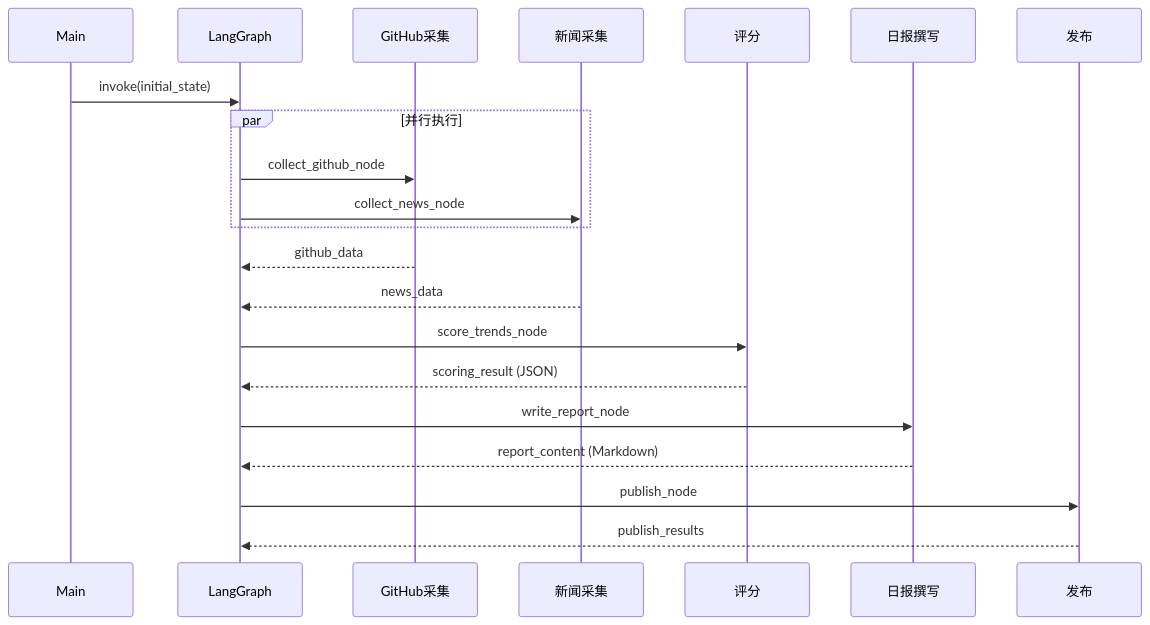
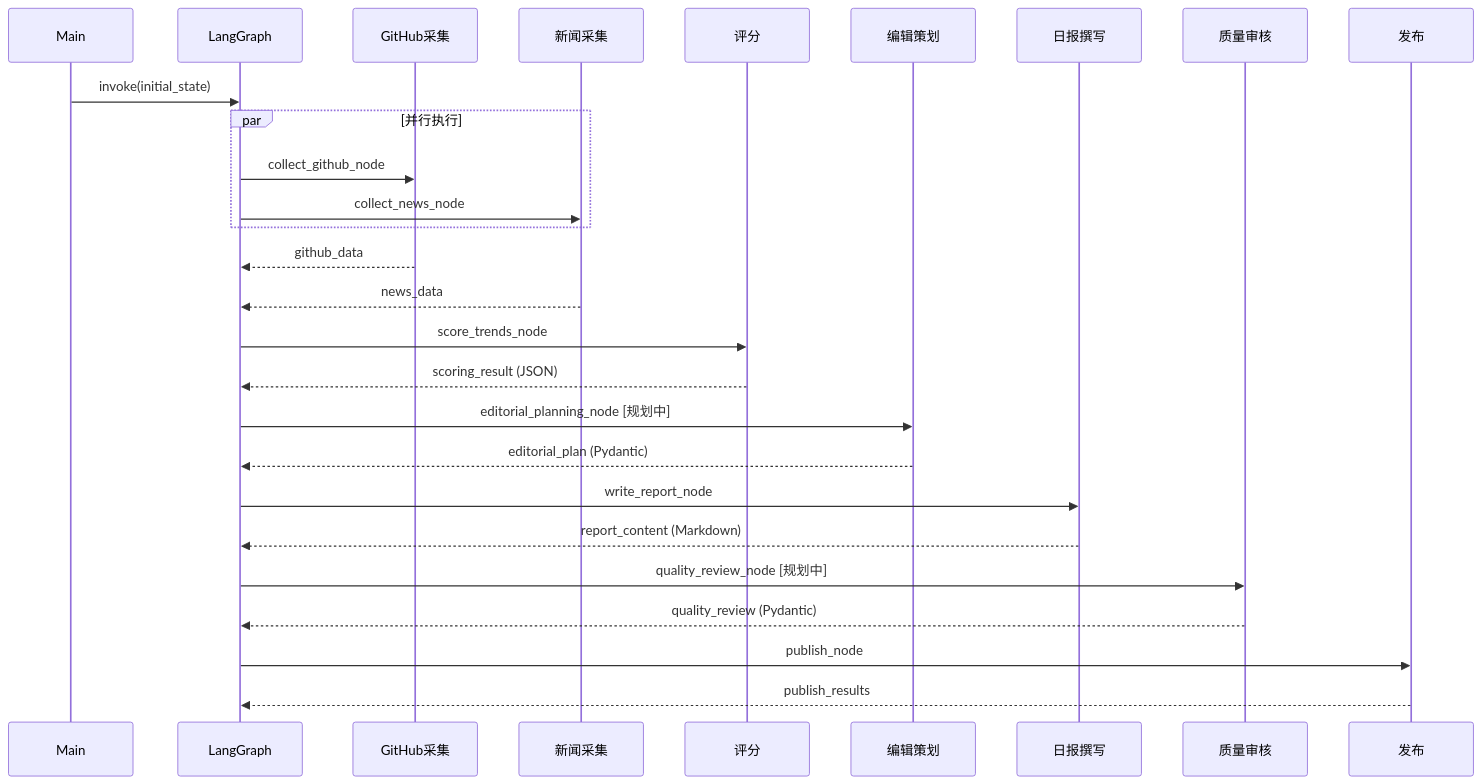
One commit to qwzhang01/ai_trending changed the second of 6 diagrams in doc/ai-trending-requirements.md. Above: the diagram before and after it, drawn with Mermaid. The commit also changed other lines of this file and 40 other files, not shown here.

````diff
--- a/doc/ai-trending-requirements.md
+++ b/doc/ai-trending-requirements.md
@@ -75,24 +87,30 @@
 ```mermaid
 sequenceDiagram
     participant Main
     participant LangGraph
     participant GitHub采集
     participant 新闻采集
     participant 评分
+    participant 编辑策划
     participant 日报撰写
+    participant 质量审核
     participant 发布
 
     Main->>LangGraph: invoke(initial_state)
     par 并行执行
         LangGraph->>GitHub采集: collect_github_node
         LangGraph->>新闻采集: collect_news_node
     end
     GitHub采集-->>LangGraph: github_data
     新闻采集-->>LangGraph: news_data
     LangGraph->>评分: score_trends_node
     评分-->>LangGraph: scoring_result (JSON)
+    LangGraph->>编辑策划: editorial_planning_node [规划中]
+    编辑策划-->>LangGraph: editorial_plan (Pydantic)
     LangGraph->>日报撰写: write_report_node
     日报撰写-->>LangGraph: report_content (Markdown)
+    LangGraph->>质量审核: quality_review_node [规划中]
+    质量审核-->>LangGraph: quality_review (Pydantic)
     LangGraph->>发布: publish_node
     发布-->>LangGraph: publish_results
 ```
````
